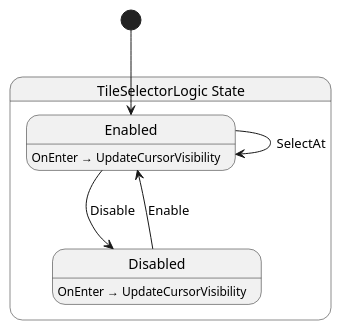
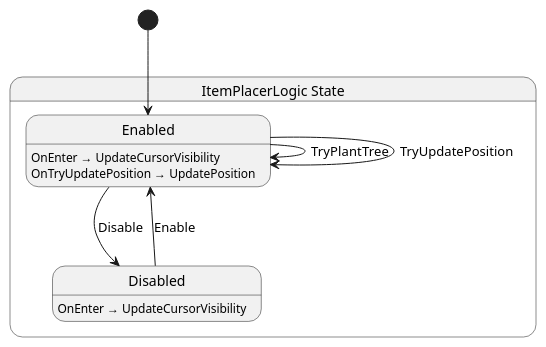
One commit to Nilsiker/Adventure changed the diagram in src/item_placer/ItemPlacer.g.puml. Above: the diagram before and after it, drawn with PlantUML. The commit also changed 8 other files, not shown here.

```diff
--- a/src/item_placer/ItemPlacer.g.puml
+++ b/src/item_placer/ItemPlacer.g.puml
@@ -1,15 +1,17 @@
-@startuml TileSelectorLogic
-state "TileSelectorLogic State" as Shellguard_TileSelectorLogic_State {
-  state "Enabled" as Shellguard_TileSelectorLogic_State_Enabled
-  state "Disabled" as Shellguard_TileSelectorLogic_State_Disabled
+@startuml ItemPlacerLogic
+state "ItemPlacerLogic State" as Shellguard_ItemPlacerLogic_State {
+  state "Enabled" as Shellguard_ItemPlacerLogic_State_Enabled
+  state "Disabled" as Shellguard_ItemPlacerLogic_State_Disabled
 }
 
-Shellguard_TileSelectorLogic_State_Disabled --> Shellguard_TileSelectorLogic_State_Enabled : Enable
-Shellguard_TileSelectorLogic_State_Enabled --> Shellguard_TileSelectorLogic_State_Disabled : Disable
-Shellguard_TileSelectorLogic_State_Enabled --> Shellguard_TileSelectorLogic_State_Enabled : SelectAt
+Shellguard_ItemPlacerLogic_State_Disabled --> Shellguard_ItemPlacerLogic_State_Enabled : Enable
+Shellguard_ItemPlacerLogic_State_Enabled --> Shellguard_ItemPlacerLogic_State_Disabled : Disable
+Shellguard_ItemPlacerLogic_State_Enabled --> Shellguard_ItemPlacerLogic_State_Enabled : TryPlantTree
+Shellguard_ItemPlacerLogic_State_Enabled --> Shellguard_ItemPlacerLogic_State_Enabled : TryUpdatePosition
 
-Shellguard_TileSelectorLogic_State_Disabled : OnEnter → UpdateCursorVisibility
-Shellguard_TileSelectorLogic_State_Enabled : OnEnter → UpdateCursorVisibility
+Shellguard_ItemPlacerLogic_State_Disabled : OnEnter → UpdateCursorVisibility
+Shellguard_ItemPlacerLogic_State_Enabled : OnEnter → UpdateCursorVisibility
+Shellguard_ItemPlacerLogic_State_Enabled : OnTryUpdatePosition → UpdatePosition
 
-[*] --> Shellguard_TileSelectorLogic_State_Enabled
+[*] --> Shellguard_ItemPlacerLogic_State_Enabled
 @enduml
```
